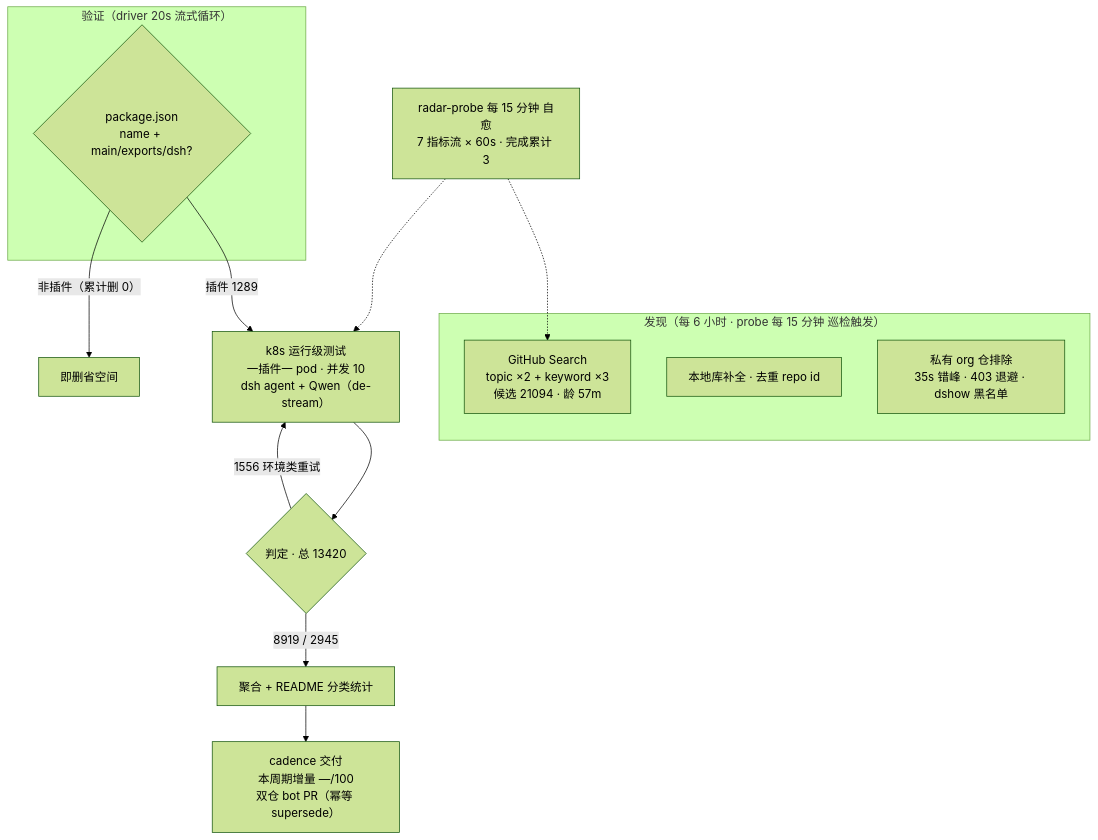
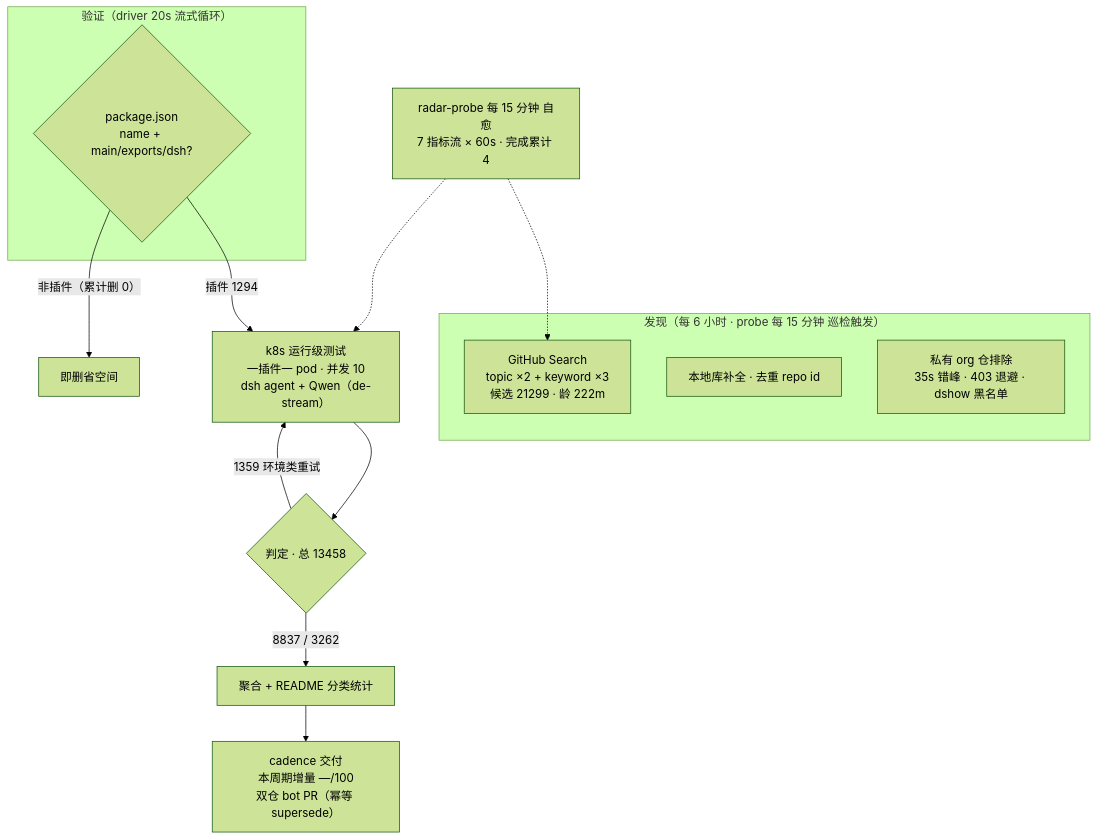
One commit to 1420079678-ctrl/dsh-plugin-radar changed the diagram in README.md. Above: the diagram before and after it, drawn with Mermaid (forest theme). The commit also changed other lines of this file and 17 other files, not shown here.

````diff
--- a/README.md
+++ b/README.md
@@ -52,20 +52,20 @@
 ```mermaid
 flowchart TB
     subgraph Discovery["发现（每 6 小时 · probe 每 15 分钟 巡检触发）"]
-        A1["GitHub Search<br/>topic ×2 + keyword ×3<br/>候选 21094 · 龄 57m"]
+        A1["GitHub Search<br/>topic ×2 + keyword ×3<br/>候选 21299 · 龄 222m"]
         A2["本地库补全 · 去重 repo id"]
         A3["私有 org 仓排除<br/>35s 错峰 · 403 退避 · dshow 黑名单"]
     end
     subgraph Validation["验证（driver 20s 流式循环）"]
         B1{"package.json<br/>name + main/exports/dsh?"}
     end
-    B1 -->|"插件 1289"| C1["k8s 运行级测试<br/>一插件一 pod · 并发 10<br/>dsh agent + Qwen（de-stream）"]
+    B1 -->|"插件 1294"| C1["k8s 运行级测试<br/>一插件一 pod · 并发 10<br/>dsh agent + Qwen（de-stream）"]
     B1 -->|"非插件（累计删 0）"| B3["即删省空间"]
-    C1 --> D1{"判定 · 总 13420"}
-    D1 -->|"8919 / 2945"| E1["聚合 + README 分类统计"]
-    D1 -->|"1556 环境类重试"| C1
+    C1 --> D1{"判定 · 总 13458"}
+    D1 -->|"8837 / 3262"| E1["聚合 + README 分类统计"]
+    D1 -->|"1359 环境类重试"| C1
     E1 --> E2["cadence 交付<br/>本周期增量 —/100<br/>双仓 bot PR（幂等 supersede）"]
-    M["radar-probe 每 15 分钟 自愈<br/>7 指标流 × 60s · 完成累计 3"]
+    M["radar-probe 每 15 分钟 自愈<br/>7 指标流 × 60s · 完成累计 4"]
     M -.-> A1
     M -.-> C1
 ```
````
